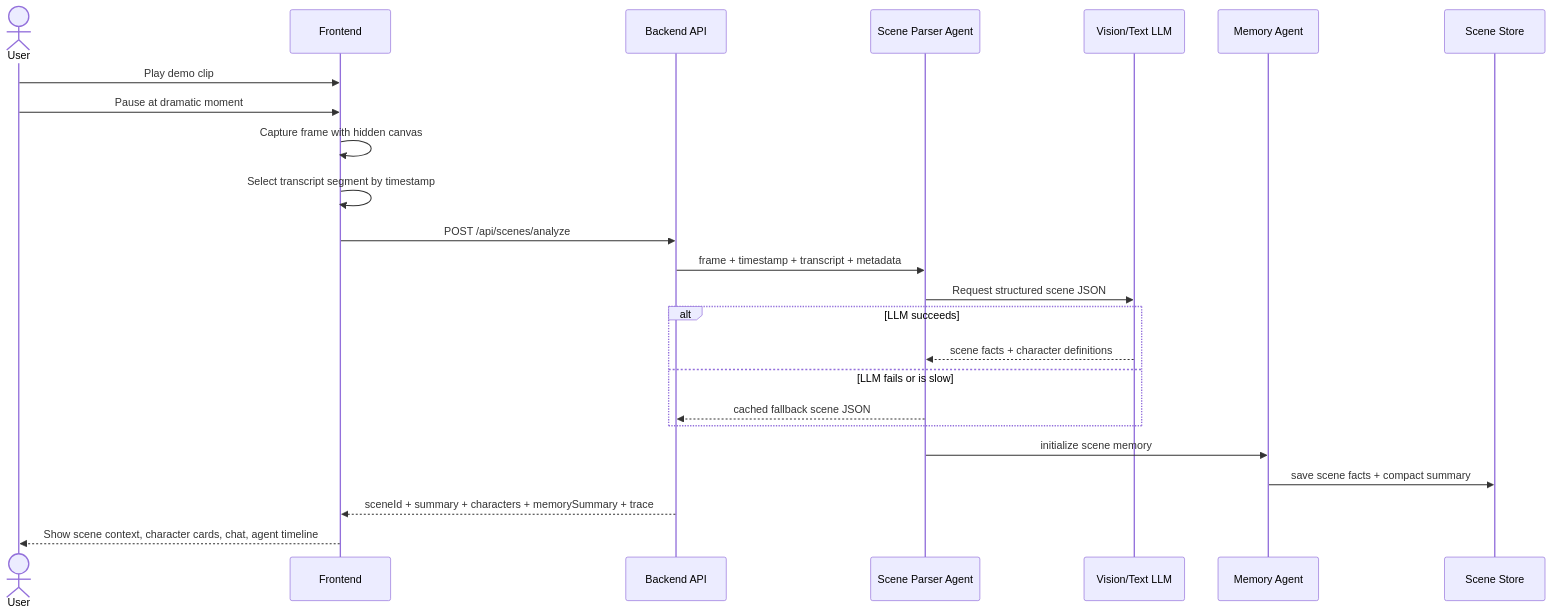
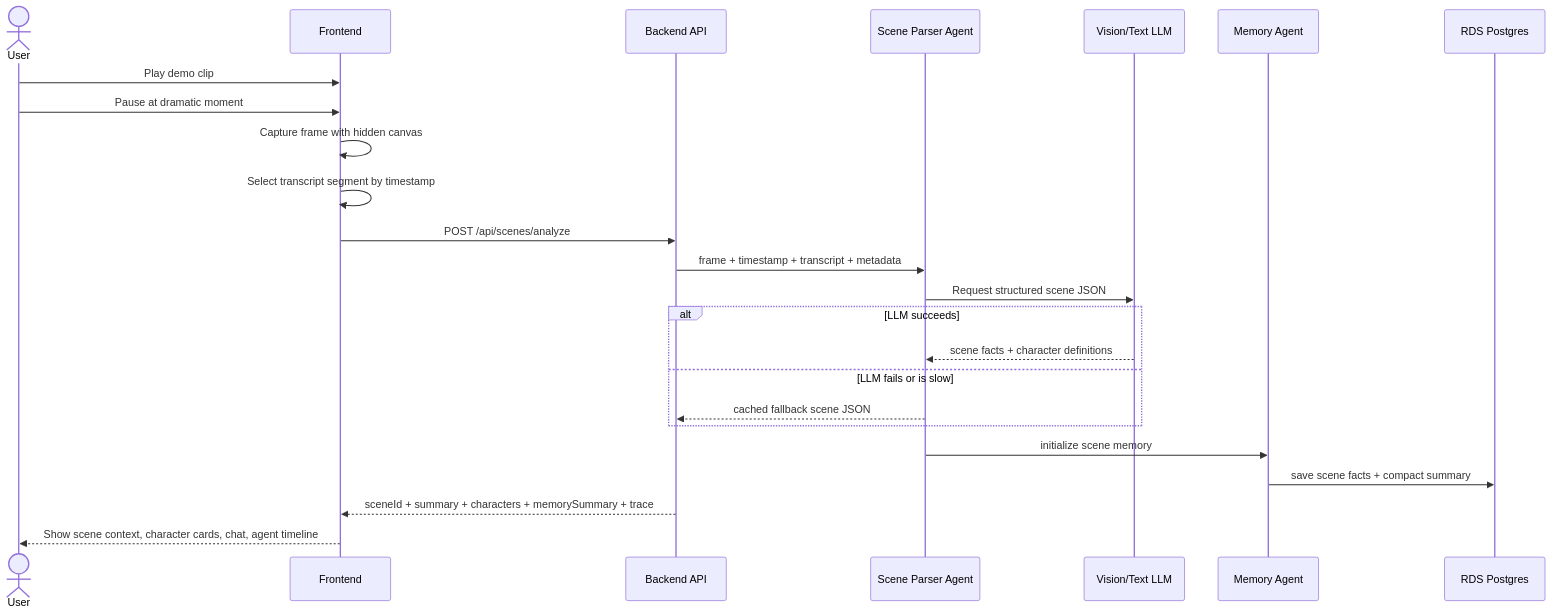
One commit to sayyidkhan/agentic-vr-backend changed the second of 4 diagrams in docs/architecture.md. Above: the diagram before and after it, drawn with Mermaid. The commit also changed other lines of this file and 6 other files, not shown here.

````diff
--- a/docs/architecture.md
+++ b/docs/architecture.md
@@ -90,27 +105,27 @@
 ```mermaid
 sequenceDiagram
   actor User
   participant FE as Frontend
   participant API as Backend API
   participant SP as Scene Parser Agent
   participant LLM as Vision/Text LLM
   participant MEM as Memory Agent
-  participant Store as Scene Store
+  participant Store as RDS Postgres
 
   User->>FE: Play demo clip
   User->>FE: Pause at dramatic moment
   FE->>FE: Capture frame with hidden canvas
   FE->>FE: Select transcript segment by timestamp
   FE->>API: POST /api/scenes/analyze
   API->>SP: frame + timestamp + transcript + metadata
   SP->>LLM: Request structured scene JSON
   alt LLM succeeds
     LLM-->>SP: scene facts + character definitions
   else LLM fails or is slow
     SP-->>API: cached fallback scene JSON
   end
   SP->>MEM: initialize scene memory
   MEM->>Store: save scene facts + compact summary
   API-->>FE: sceneId + summary + characters + memorySummary + trace
   FE-->>User: Show scene context, character cards, chat, agent timeline
 ```
````
